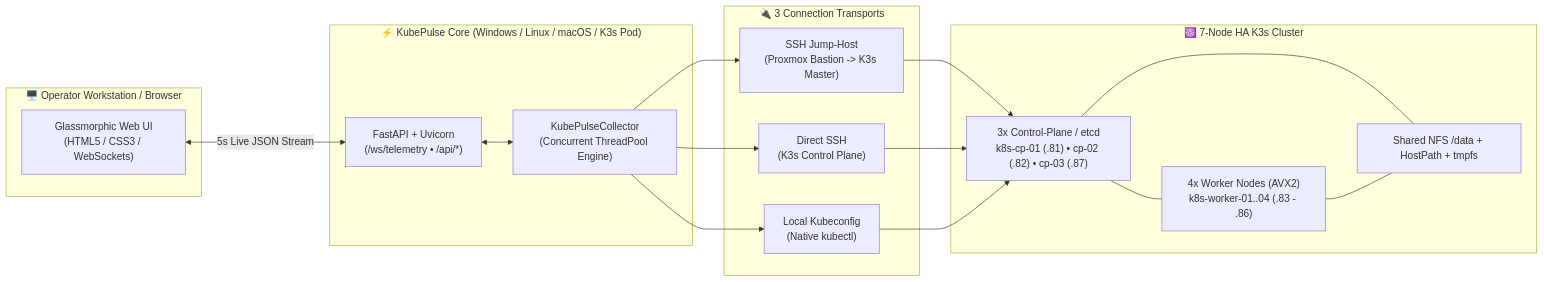
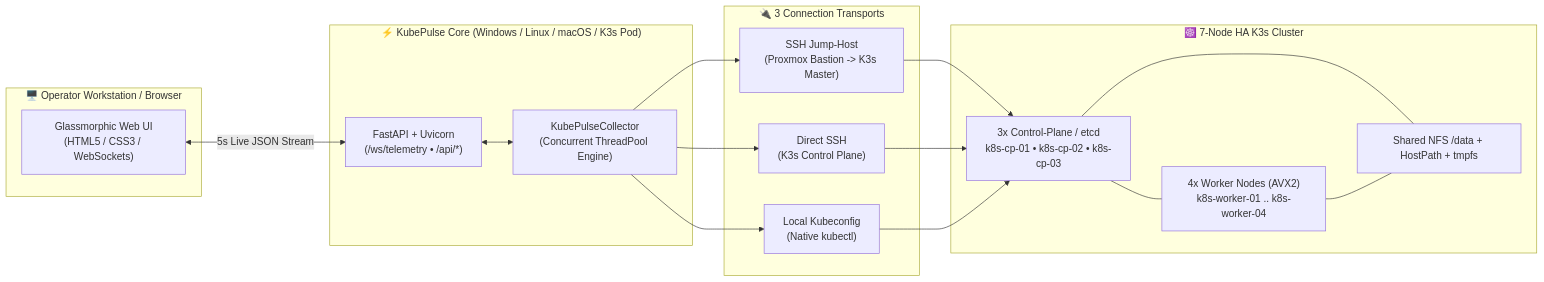
One commit to digdast/kubepulse changed the diagram in README.md. Above: the diagram before and after it, drawn with Mermaid. The commit also changed other lines of this file and 4 other files, not shown here.

````diff
--- a/README.md
+++ b/README.md
@@ -59,29 +59,29 @@
 ```mermaid
 flowchart LR
     subgraph Client["🖥️ Operator Workstation / Browser"]
         UI["Glassmorphic Web UI\n(HTML5 / CSS3 / WebSockets)"]
     end
 
     subgraph Engine["⚡ KubePulse Core (Windows / Linux / macOS / K3s Pod)"]
         API["FastAPI + Uvicorn\n(/ws/telemetry • /api/*)"]
         COL["KubePulseCollector\n(Concurrent ThreadPool Engine)"]
         UI <-->|"5s Live JSON Stream"| API
         API <--> COL
     end
 
     subgraph Modes["🔌 3 Connection Transports"]
         M1["SSH Jump-Host\n(Proxmox Bastion -> K3s Master)"]
         M2["Direct SSH\n(K3s Control Plane)"]
         M3["Local Kubeconfig\n(Native kubectl)"]
         COL --> M1 & M2 & M3
     end
 
     subgraph Cluster["☸️ 7-Node HA K3s Cluster"]
-        CP["3x Control-Plane / etcd\nk8s-cp-01 (.81) • cp-02 (.82) • cp-03 (.87)"]
-        WK["4x Worker Nodes (AVX2)\nk8s-worker-01..04 (.83 - .86)"]
+        CP["3x Control-Plane / etcd\nk8s-cp-01 • k8s-cp-02 • k8s-cp-03"]
+        WK["4x Worker Nodes (AVX2)\nk8s-worker-01 .. k8s-worker-04"]
         ST["Shared NFS /data + HostPath + tmpfs"]
         M1 & M2 & M3 --> CP
         CP --- WK
         CP & WK --- ST
     end
 ```
````
